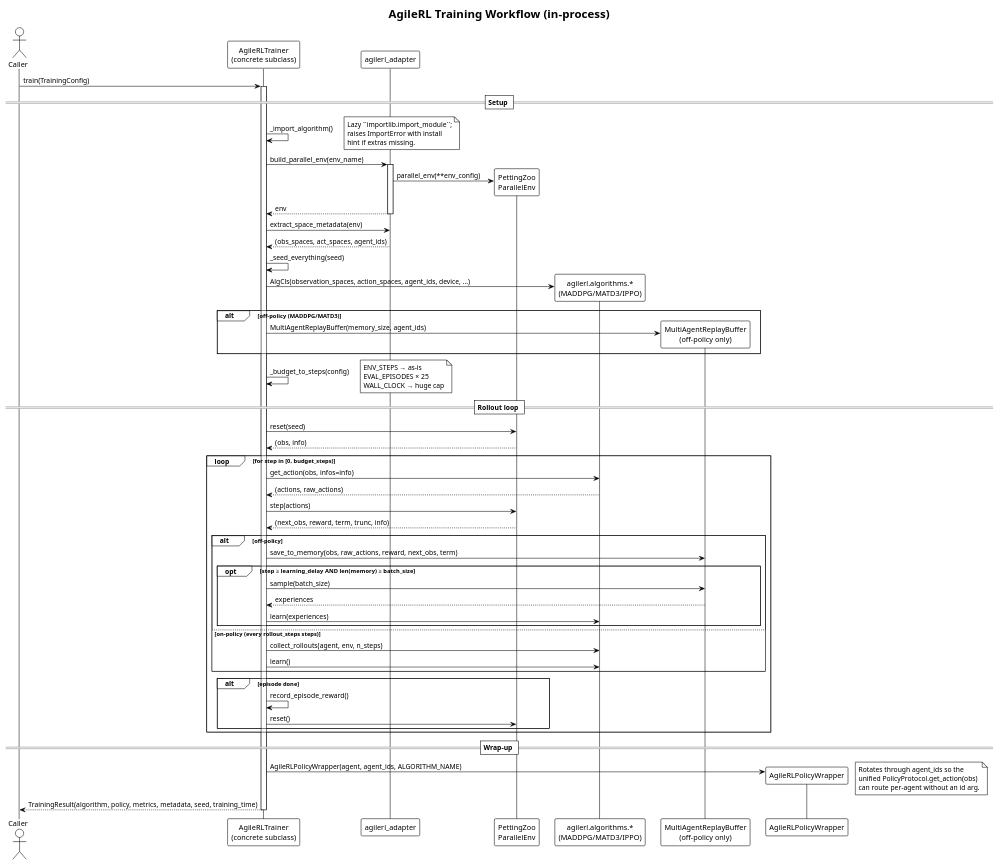
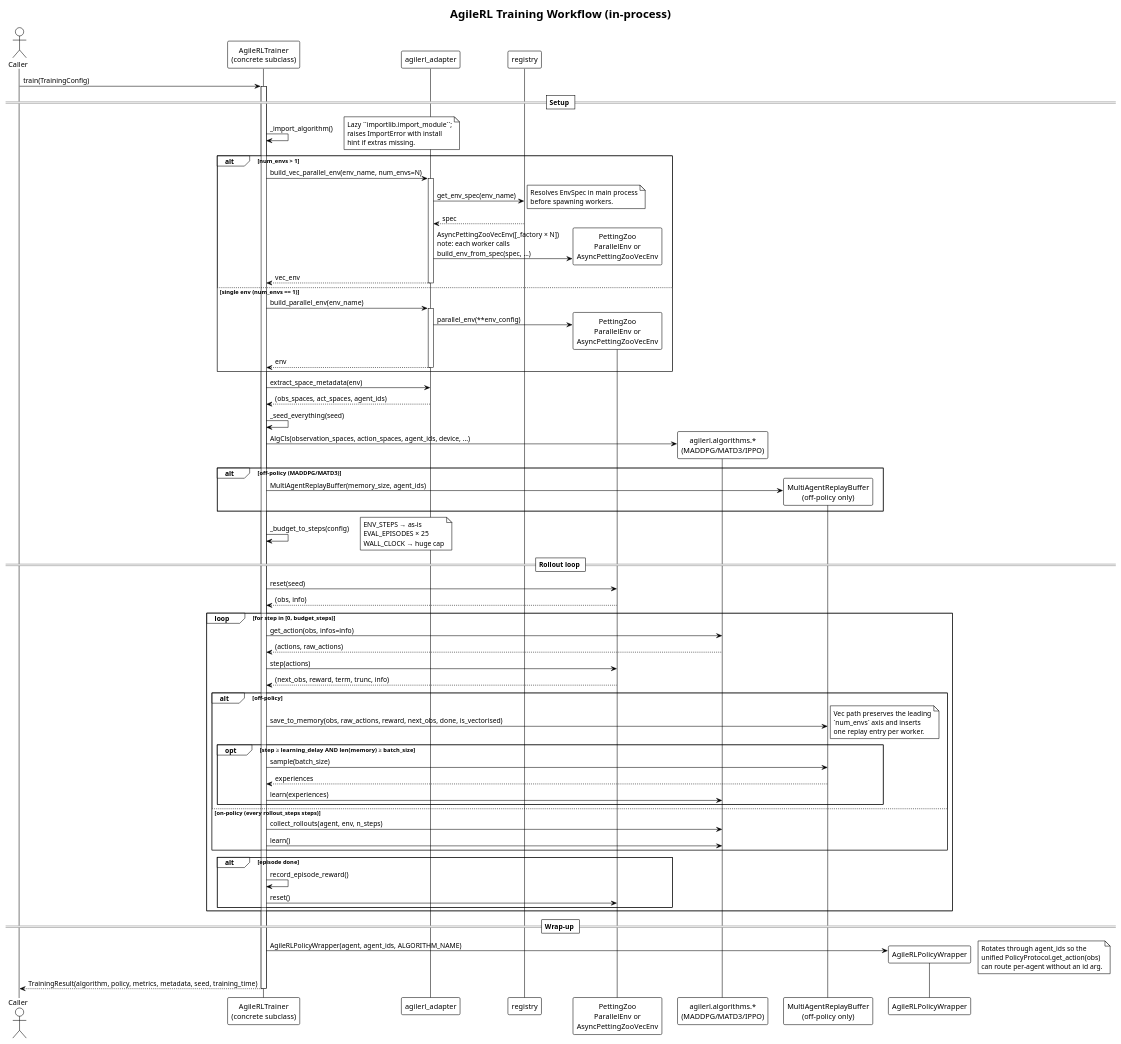
The diagram in docs/UML/sequence_agilerl_training.puml (Alex180504/DEAP-Zoo-bridge), drawn with PlantUML before and after one commit. The commit also changed 12 other files, not shown here.

```diff
--- a/docs/UML/sequence_agilerl_training.puml
+++ b/docs/UML/sequence_agilerl_training.puml
@@ -1,80 +1,93 @@
 @startuml sequence_agilerl_training
 !theme plain
 
 title AgileRL Training Workflow (in-process)
 
 actor Caller
 participant "AgileRLTrainer\n(concrete subclass)" as Trainer
 participant "agilerl_adapter" as Adapter
-participant "PettingZoo\nParallelEnv" as Env
+participant "registry" as Registry
+participant "PettingZoo\nParallelEnv or\nAsyncPettingZooVecEnv" as Env
 participant "agilerl.algorithms.*\n(MADDPG/MATD3/IPPO)" as Agent
 participant "MultiAgentReplayBuffer\n(off-policy only)" as Memory
 participant "AgileRLPolicyWrapper" as Wrapper
 
 Caller -> Trainer: train(TrainingConfig)
 activate Trainer
 
 == Setup ==
 
 Trainer -> Trainer: _import_algorithm()
 note right: Lazy ``importlib.import_module``;\nraises ImportError with install\nhint if extras missing.
 
-Trainer -> Adapter: build_parallel_env(env_name)
-activate Adapter
-Adapter -> Env **: parallel_env(**env_config)
-Adapter --> Trainer: env
-deactivate Adapter
+alt num_envs > 1
+    Trainer -> Adapter: build_vec_parallel_env(env_name, num_envs=N)
+    activate Adapter
+    Adapter -> Registry: get_env_spec(env_name)
+    note right: Resolves EnvSpec in main process\nbefore spawning workers.
+    Registry --> Adapter: spec
+    Adapter -> Env **: AsyncPettingZooVecEnv([_factory × N])\nnote: each worker calls\nbuild_env_from_spec(spec, ...)
+    Adapter --> Trainer: vec_env
+    deactivate Adapter
+else single env (num_envs == 1)
+    Trainer -> Adapter: build_parallel_env(env_name)
+    activate Adapter
+    Adapter -> Env **: parallel_env(**env_config)
+    Adapter --> Trainer: env
+    deactivate Adapter
+end
 
 Trainer -> Adapter: extract_space_metadata(env)
 Adapter --> Trainer: (obs_spaces, act_spaces, agent_ids)
 
 Trainer -> Trainer: _seed_everything(seed)
 
 Trainer -> Agent **: AlgCls(observation_spaces, action_spaces, agent_ids, device, ...)
 
 alt off-policy (MADDPG/MATD3)
     Trainer -> Memory **: MultiAgentReplayBuffer(memory_size, agent_ids)
 end
 
 Trainer -> Trainer: _budget_to_steps(config)
 note right: ENV_STEPS → as-is\nEVAL_EPISODES × 25\nWALL_CLOCK → huge cap
 
 == Rollout loop ==
 
 Trainer -> Env: reset(seed)
 Env --> Trainer: (obs, info)
 
 loop for step in [0, budget_steps)
     Trainer -> Agent: get_action(obs, infos=info)
     Agent --> Trainer: (actions, raw_actions)
 
     Trainer -> Env: step(actions)
     Env --> Trainer: (next_obs, reward, term, trunc, info)
 
     alt off-policy
-        Trainer -> Memory: save_to_memory(obs, raw_actions, reward, next_obs, term)
+        Trainer -> Memory: save_to_memory(obs, raw_actions, reward, next_obs, done, is_vectorised)
+        note right: Vec path preserves the leading\n`num_envs` axis and inserts\none replay entry per worker.
         opt step ≥ learning_delay AND len(memory) ≥ batch_size
             Trainer -> Memory: sample(batch_size)
             Memory --> Trainer: experiences
             Trainer -> Agent: learn(experiences)
         end
     else on-policy (every rollout_steps steps)
         Trainer -> Agent: collect_rollouts(agent, env, n_steps)
         Trainer -> Agent: learn()
     end
 
     alt episode done
         Trainer -> Trainer: record_episode_reward()
         Trainer -> Env: reset()
     end
 end
 
 == Wrap-up ==
 
 Trainer -> Wrapper **: AgileRLPolicyWrapper(agent, agent_ids, ALGORITHM_NAME)
 note right: Rotates through agent_ids so the\nunified PolicyProtocol.get_action(obs)\ncan route per-agent without an id arg.
 
 Trainer --> Caller: TrainingResult(algorithm, policy, metrics, metadata, seed, training_time)
 deactivate Trainer
 
 @enduml
```
